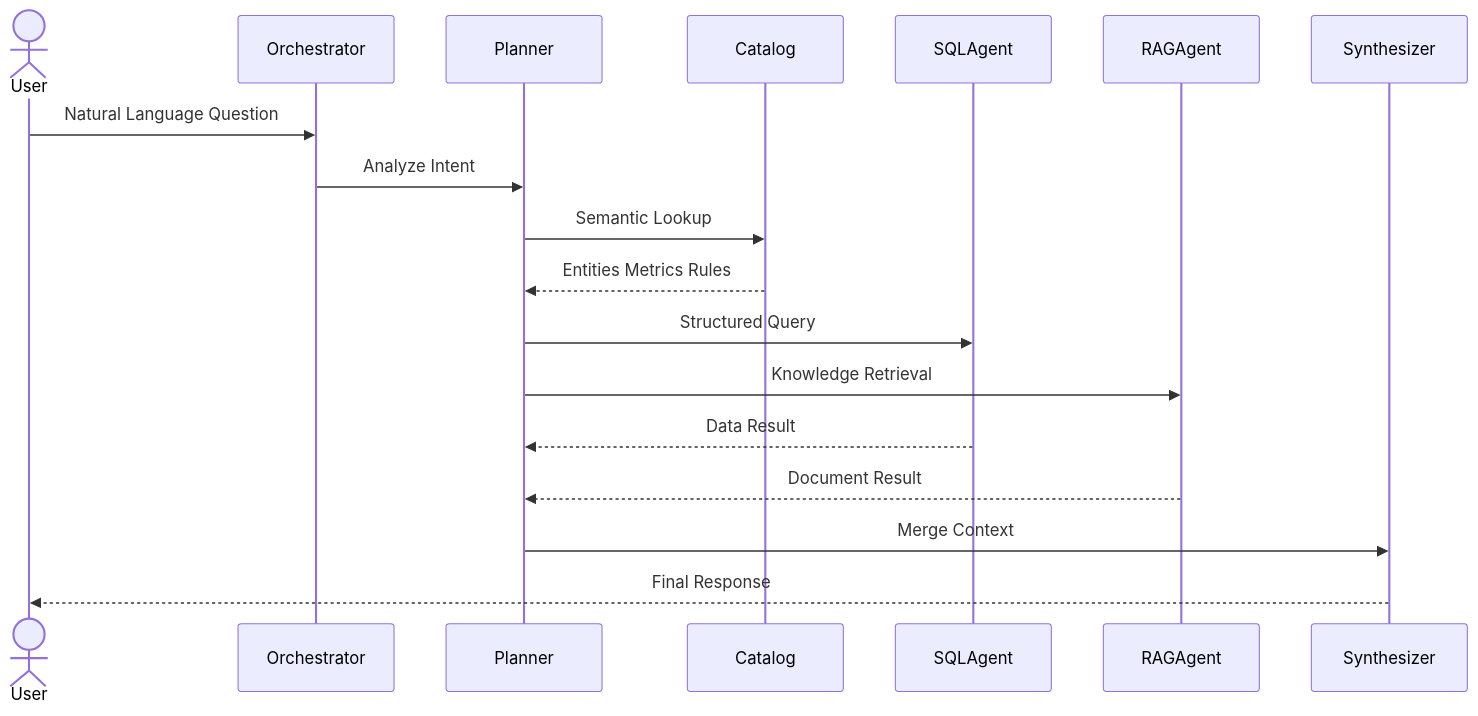
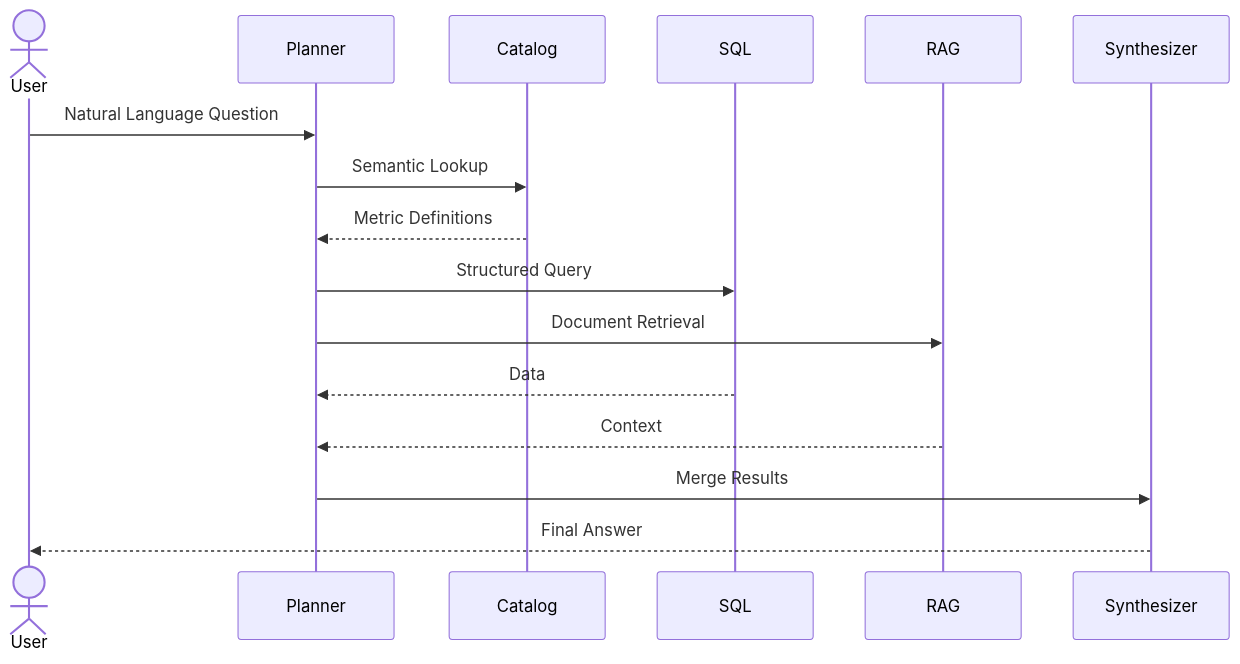
One commit to taewony/dqe changed the third of 3 diagrams in README-revised.md. Above: the diagram before and after it, drawn with Mermaid. The commit also changed other lines of this file, not shown here.

````diff
--- a/README-revised.md
+++ b/README-revised.md
@@ -349,37 +294,33 @@
 ```mermaid
 sequenceDiagram
 
 actor User
 
-participant Orchestrator
-
 participant Planner
 
 participant Catalog
 
-participant SQLAgent
+participant SQL
 
-participant RAGAgent
+participant RAG
 
 participant Synthesizer
 
-User->>Orchestrator: Natural Language Question
-
-Orchestrator->>Planner: Analyze Intent
+User->>Planner: Natural Language Question
 
 Planner->>Catalog: Semantic Lookup
 
-Catalog-->>Planner: Entities Metrics Rules
+Catalog-->>Planner: Metric Definitions
 
-Planner->>SQLAgent: Structured Query
+Planner->>SQL: Structured Query
 
-Planner->>RAGAgent: Knowledge Retrieval
+Planner->>RAG: Document Retrieval
 
-SQLAgent-->>Planner: Data Result
+SQL-->>Planner: Data
 
-RAGAgent-->>Planner: Document Result
+RAG-->>Planner: Context
 
-Planner->>Synthesizer: Merge Context
+Planner->>Synthesizer: Merge Results
 
-Synthesizer-->>User: Final Response
+Synthesizer-->>User: Final Answer
 ```
````
